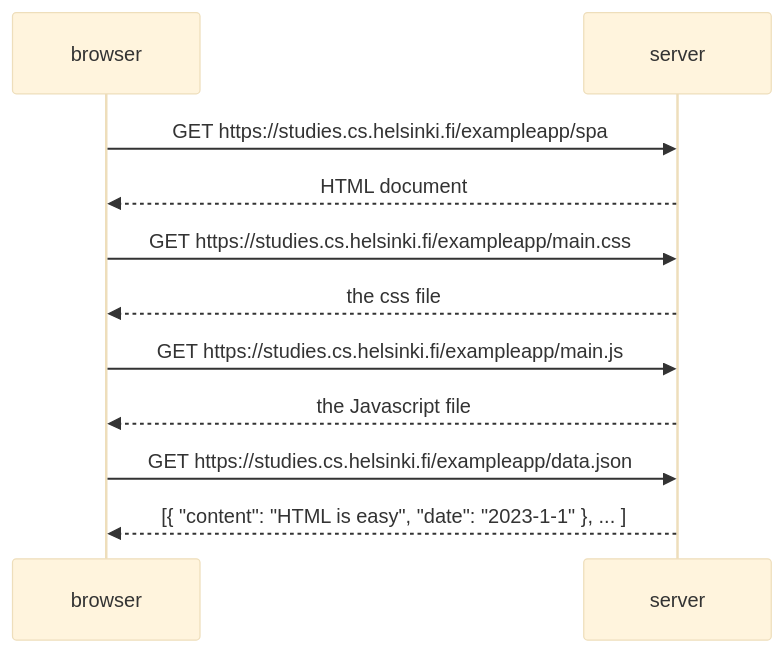
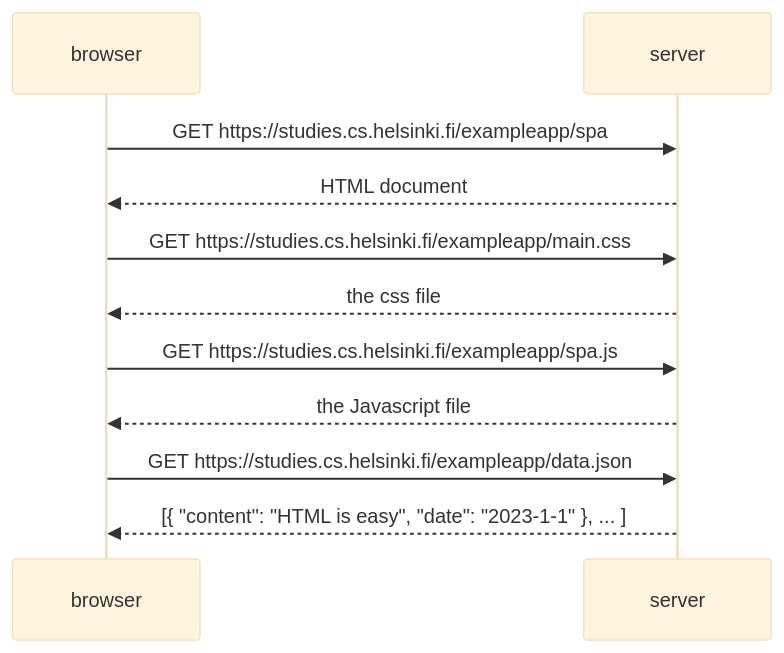
The diagram in Single-Page-App-Diagram.md (oytundd/fullstackopen), drawn with Mermaid (base theme) before and after one commit.

````diff
--- a/Single-Page-App-Diagram.md
+++ b/Single-Page-App-Diagram.md
@@ -1,13 +1,13 @@
 ```mermaid
   sequenceDiagram
       participant browser
       participant server
       browser->>server: GET https://studies.cs.helsinki.fi/exampleapp/spa
       server-->>browser: HTML document
       browser->>server: GET https://studies.cs.helsinki.fi/exampleapp/main.css
       server-->>browser: the css file
-      browser->>server: GET https://studies.cs.helsinki.fi/exampleapp/main.js
+      browser->>server: GET https://studies.cs.helsinki.fi/exampleapp/spa.js
       server-->>browser: the Javascript file
       browser->>server: GET https://studies.cs.helsinki.fi/exampleapp/data.json
       server-->>browser: [{ "content": "HTML is easy", "date": "2023-1-1" }, ... ]
 ```
````
